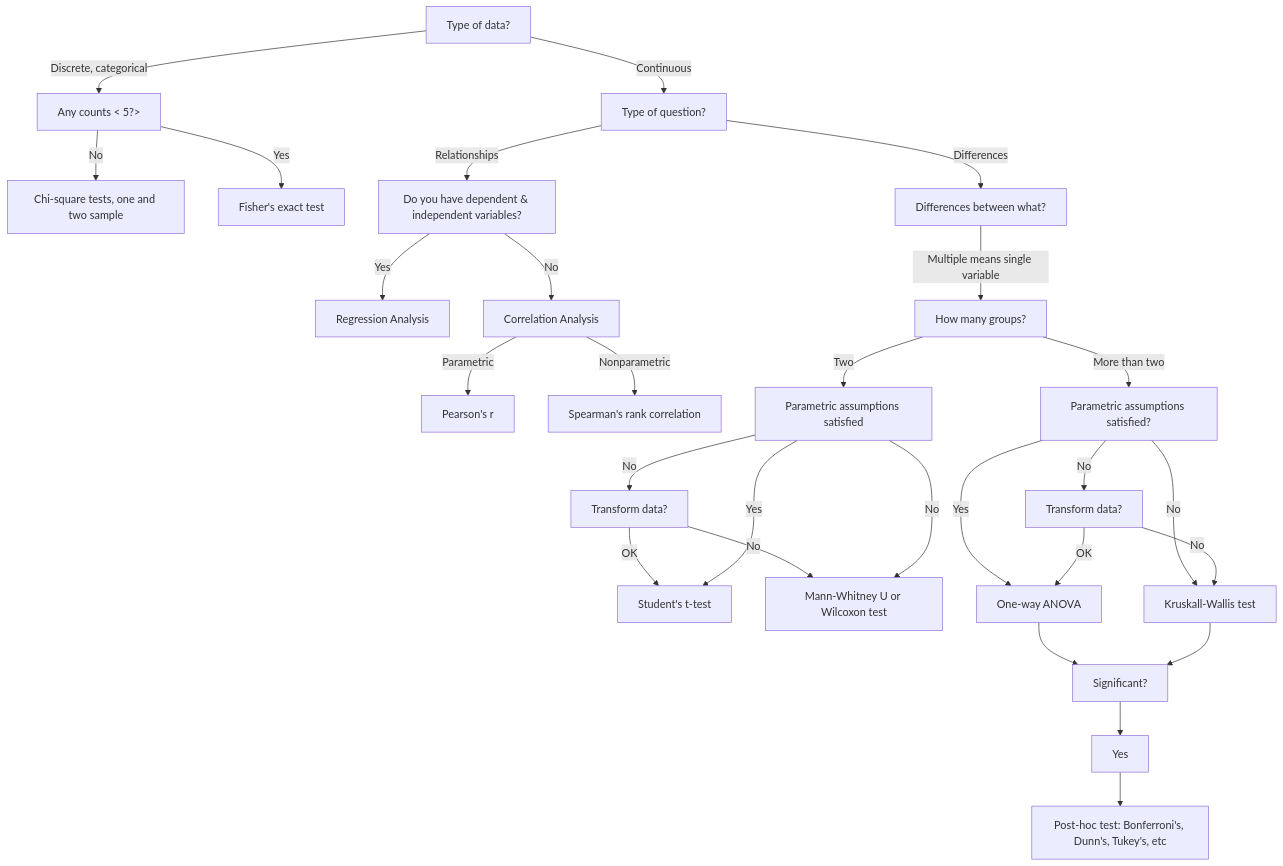
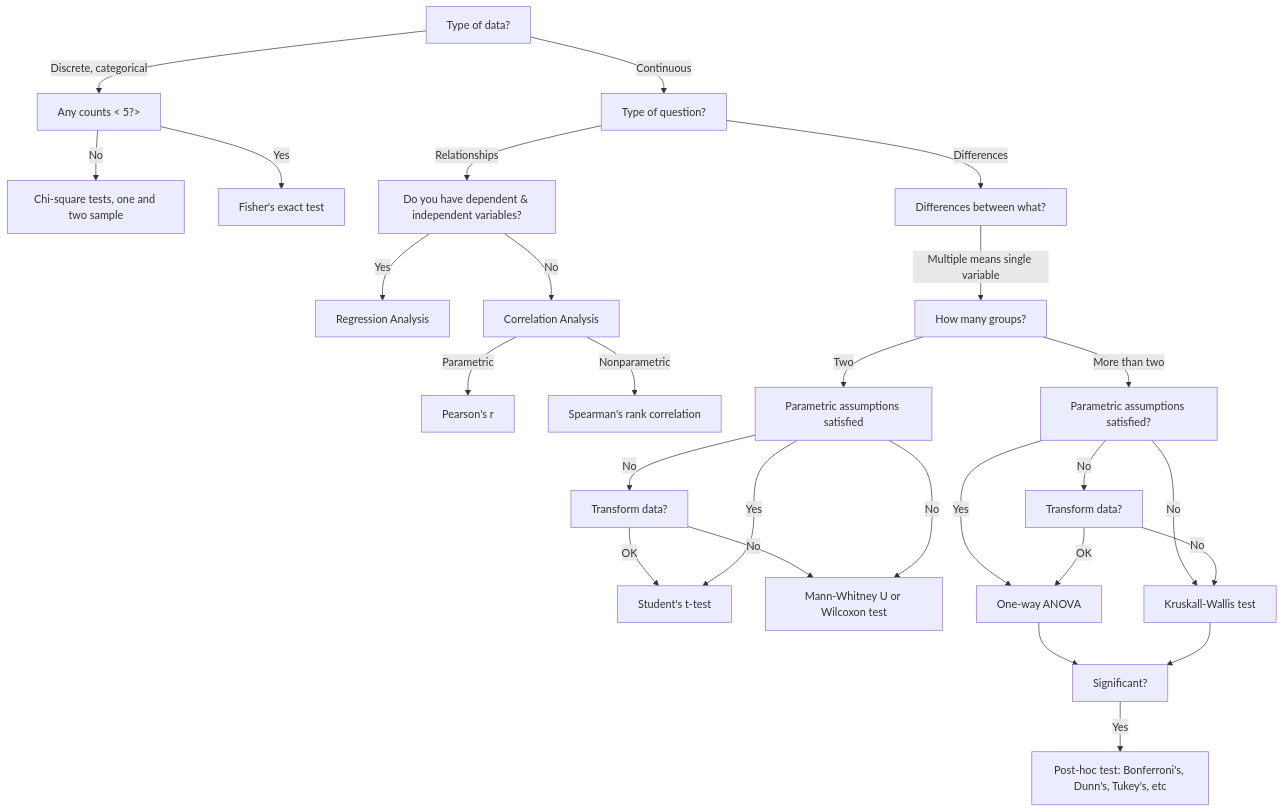
Before and after one commit to galenseilis/old_blog: the diagram in _posts/2023-08-07-wilcoxons-heuristic.md, drawn with Mermaid.

Commit message:
Removed extra arrow head

````diff
--- a/_posts/2023-08-07-wilcoxons-heuristic.md
+++ b/_posts/2023-08-07-wilcoxons-heuristic.md
@@ -26,29 +26,29 @@
 ```mermaid
 flowchart TD
 0[Type of data?] -- Discrete, categorical --> 1[Any counts < 5?>]
 1 -- No -->  2[Chi-square tests, one and two sample]
 1 -- Yes --> 3[Fisher's exact test]
 0 -- Continuous --> 4[Type of question?]
 4 -- Relationships --> 5[Do you have dependent & independent variables?]
 5 -- Yes --> 6[Regression Analysis]
 5 -- No --> 7[Correlation Analysis]
 7 -- Parametric --> 8[Pearson's r]
 7 -- Nonparametric --> 9[Spearman's rank correlation]
 4 -- Differences --> 10[Differences between what?]
 10 -- Multiple means single variable --> 11[How many groups?]
 11 -- Two --> 12[Parametric assumptions satisfied]
 12 -- No --> 13[Transform data?]
 13 -- OK --> 14[Student's t-test]
 13 -- No --> 15[Mann-Whitney U or Wilcoxon test]
 12 -- Yes --> 14
 12 -- No --> 15
 11 -- More than two --> 16[Parametric assumptions satisfied?]
 16 -- Yes --> 17[One-way ANOVA]
 17 --> 18[Significant?]
-18 --> Yes --> 19[Post-hoc test: Bonferroni's, Dunn's, Tukey's, etc]
+18 -- Yes --> 19[Post-hoc test: Bonferroni's, Dunn's, Tukey's, etc]
 16 -- No --> 20[Kruskall-Wallis test]
 20 --> 18
 16 -- No --> 21[Transform data?]
 21 -- OK --> 17
 21 -- No --> 20
 ```
````
